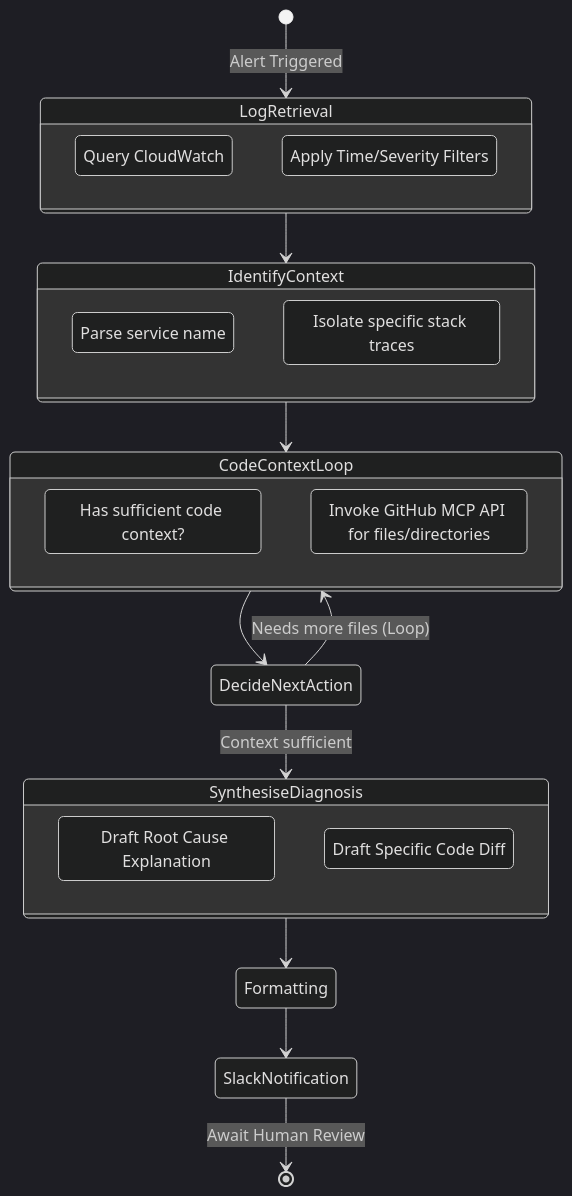
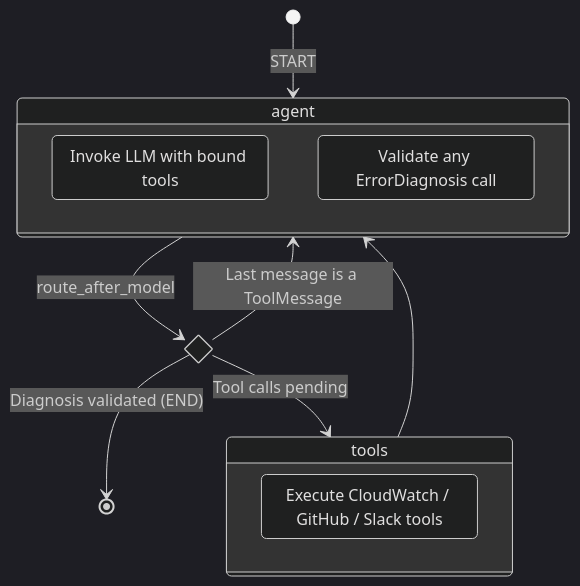
One commit to DsThakurRawat/Atomic-SRE changed the second of 2 diagrams in README.md. Above: the diagram before and after it, drawn with Mermaid (dark theme). The commit also changed other lines of this file, not shown here.

````diff
--- a/README.md
+++ b/README.md
@@ -173,38 +190,22 @@
 ```mermaid
 stateDiagram-v2
-    [*] --> LogRetrieval: Alert Triggered
+    [*] --> agent: START
 
-    state LogRetrieval {
-        FetchLogs: Query CloudWatch
-        FilterLogs: Apply Time/Severity Filters
+    state agent {
+        CallModel: Invoke LLM with bound tools
+        Validate: Validate any ErrorDiagnosis call
     }
 
-    LogRetrieval --> IdentifyContext
+    state Route <<choice>>
+    agent --> Route: route_after_model
 
-    state IdentifyContext {
-        ExtractService: Parse service name
-        ExtractErrors: Isolate specific stack traces
+    Route --> tools: Tool calls pending
+    Route --> agent: Last message is a ToolMessage
+    Route --> [*]: Diagnosis validated (END)
+
+    state tools {
+        ToolNode: Execute CloudWatch / GitHub / Slack tools
     }
 
-    IdentifyContext --> CodeContextLoop
-
-    state CodeContextLoop {
-        CheckCache: Has sufficient code context?
-        CallMCP: Invoke GitHub MCP API for files/directories
-    }
-
-    CodeContextLoop --> DecideNextAction
-
-    state DecideNextAction <<choice>>
-    DecideNextAction --> CodeContextLoop : Needs more files (Loop)
-    DecideNextAction --> SynthesiseDiagnosis : Context sufficient
-
-    state SynthesiseDiagnosis {
-        DraftRC: Draft Root Cause Explanation
-        DraftFix: Draft Specific Code Diff
-    }
-
-    SynthesiseDiagnosis --> Formatting
-    Formatting --> SlackNotification
-    SlackNotification --> [*]: Await Human Review
+    tools --> agent
 ```
````
